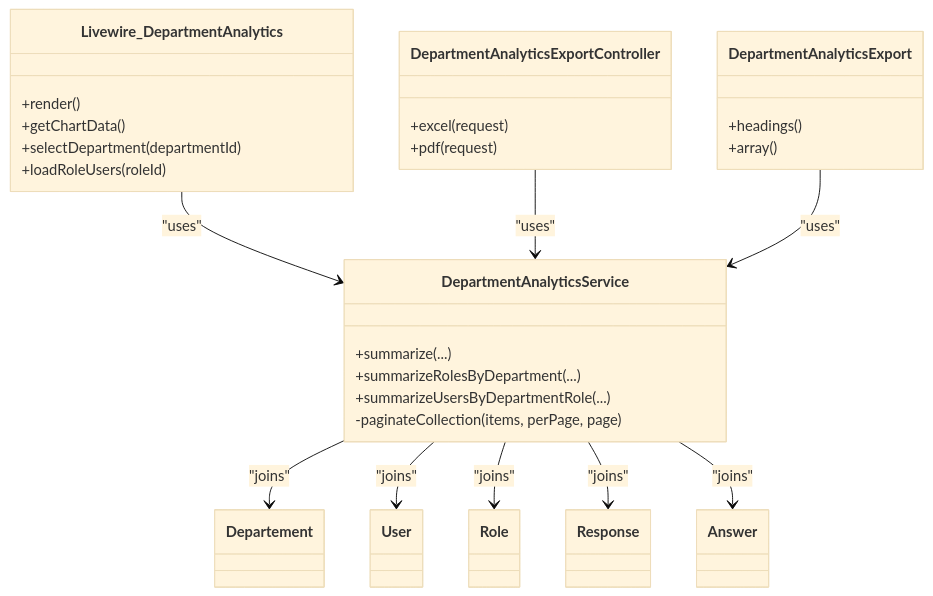
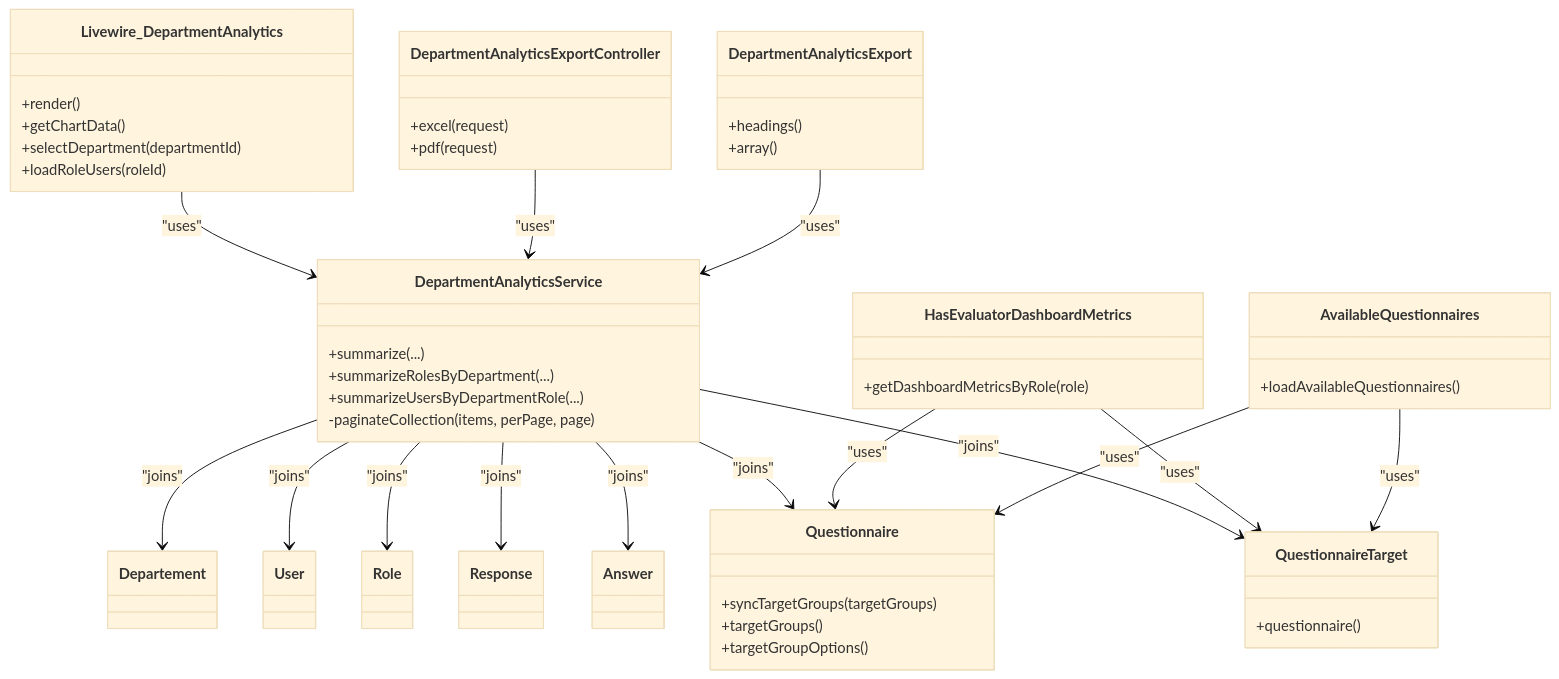
One commit to rudicatsmile/assesment360 changed the third of 3 diagrams in .qoder/repowiki/en/content/Services & Utilities/Analytics Services.md. Above: the diagram before and after it, drawn with Mermaid (base theme). The commit also changed other lines of this file and 6 other files, not shown here.

````diff
--- a/.qoder/repowiki/en/content/Services & Utilities/Analytics Services.md
+++ b/.qoder/repowiki/en/content/Services & Utilities/Analytics Services.md
@@ -286,36 +394,56 @@
 ```mermaid
 classDiagram
 class DepartmentAnalyticsService {
 +summarize(...)
 +summarizeRolesByDepartment(...)
 +summarizeUsersByDepartmentRole(...)
 -paginateCollection(items, perPage, page)
 }
 class Livewire_DepartmentAnalytics {
 +render()
 +getChartData()
 +selectDepartment(departmentId)
 +loadRoleUsers(roleId)
 }
 class DepartmentAnalyticsExportController {
 +excel(request)
 +pdf(request)
 }
 class DepartmentAnalyticsExport {
 +headings()
 +array()
 }
 class Departement
 class User
 class Role
 class Response
 class Answer
+class Questionnaire {
++syncTargetGroups(targetGroups)
++targetGroups()
++targetGroupOptions()
+}
+class QuestionnaireTarget {
++questionnaire()
+}
+class HasEvaluatorDashboardMetrics {
++getDashboardMetricsByRole(role)
+}
+class AvailableQuestionnaires {
++loadAvailableQuestionnaires()
+}
 Livewire_DepartmentAnalytics --> DepartmentAnalyticsService : "uses"
 DepartmentAnalyticsExportController --> DepartmentAnalyticsService : "uses"
 DepartmentAnalyticsExport --> DepartmentAnalyticsService : "uses"
 DepartmentAnalyticsService --> Departement : "joins"
 DepartmentAnalyticsService --> User : "joins"
 DepartmentAnalyticsService --> Role : "joins"
 DepartmentAnalyticsService --> Response : "joins"
 DepartmentAnalyticsService --> Answer : "joins"
+DepartmentAnalyticsService --> Questionnaire : "joins"
+DepartmentAnalyticsService --> QuestionnaireTarget : "joins"
+HasEvaluatorDashboardMetrics --> Questionnaire : "uses"
+HasEvaluatorDashboardMetrics --> QuestionnaireTarget : "uses"
+AvailableQuestionnaires --> Questionnaire : "uses"
+AvailableQuestionnaires --> QuestionnaireTarget : "uses"
 ```
````
